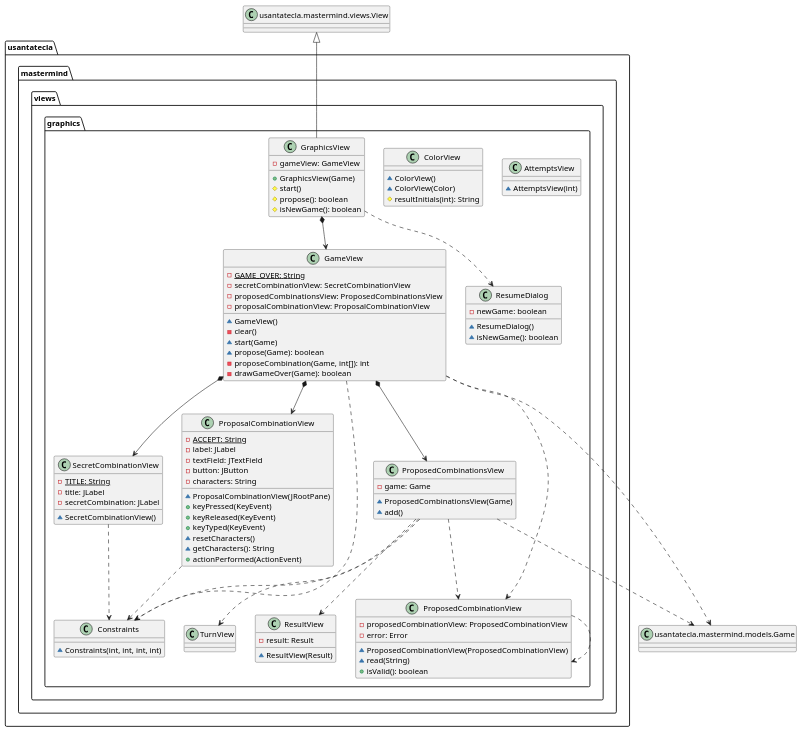
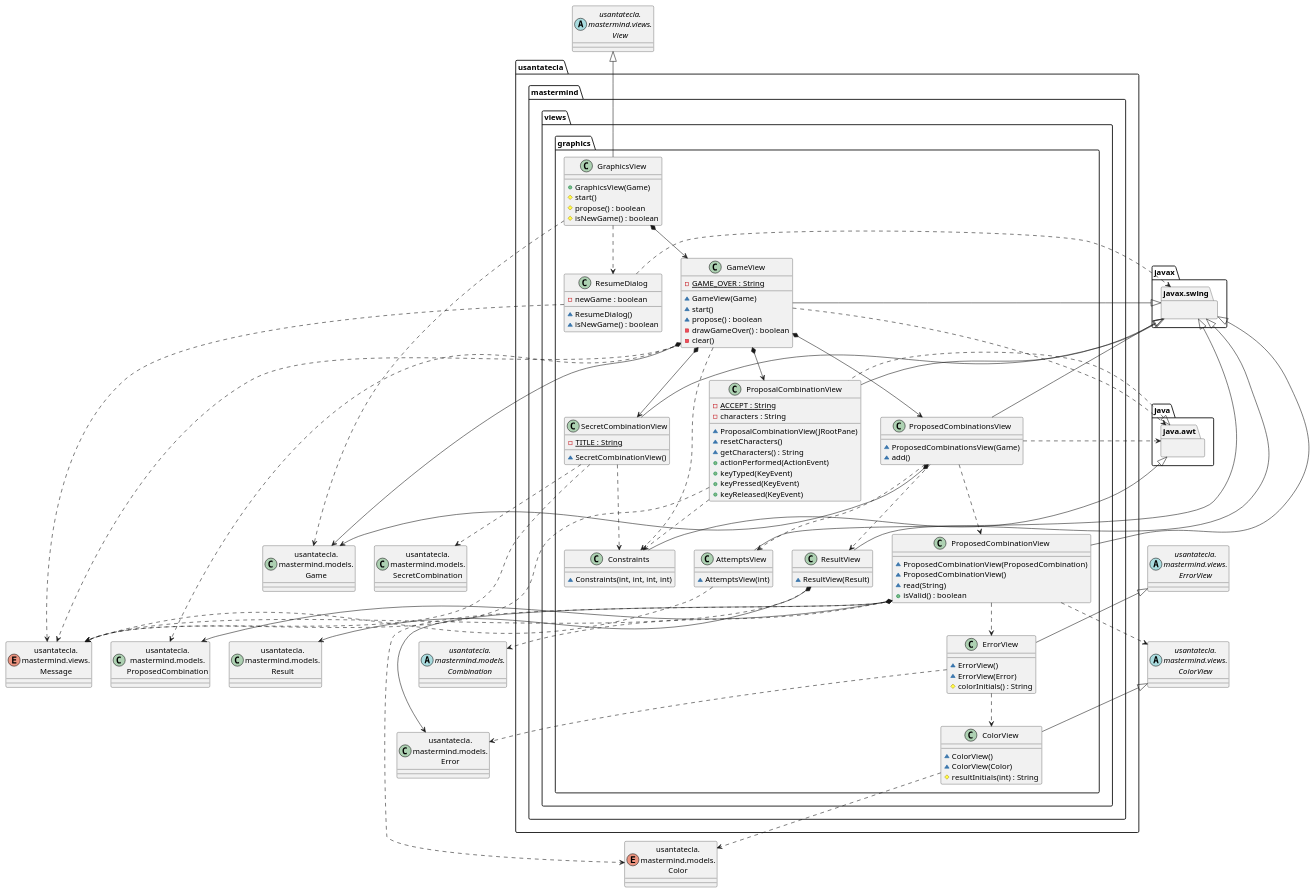
One commit to SantaTecla-mastermind/solution.java.swing.socket.sql changed the fourth of 6 diagrams in documentView/withFactoryMethod/docs/diagrams/src/paquetes.plantuml. Above: the diagram before and after it, drawn with PlantUML. The commit also changed other lines of this file and 17 other files, not shown here.

```diff
--- a/documentView/withFactoryMethod/docs/diagrams/src/paquetes.plantuml
+++ b/documentView/withFactoryMethod/docs/diagrams/src/paquetes.plantuml
@@ -201,108 +206,139 @@
-@startuml mastermind.view.Graphics
-class Game as "usantatecla.mastermind.models.Game"{
-    
+@startuml usantatecla.mastermind.views.graphics
+class Game as "usantatecla.\nmastermind.models.\nGame"
+class Error as "usantatecla.\nmastermind.models.\nError"
+class Result as "usantatecla.\nmastermind.models.\nResult"
+enum Color as "usantatecla.\nmastermind.models.\nColor"
+abstract class Combination as "usantatecla.\nmastermind.models.\nCombination"
+class ProposedCombination as "usantatecla.\nmastermind.models.\nProposedCombination"
+class SecretCombination as "usantatecla.\nmastermind.models.\nSecretCombination"
+abstract class View as "usantatecla.\nmastermind.views.\nView"
+abstract class ColorView as "usantatecla.\nmastermind.views.\nColorView"
+abstract class ErrorView as "usantatecla.\nmastermind.views.\nErrorView"
+enum Message as "usantatecla.\nmastermind.views.\nMessage"
+
+package javax.swing {}
+package java.awt {}
+
+class usantatecla.mastermind.views.graphics.GraphicsView {
+    + GraphicsView(Game)
+    # start()
+    # propose() : boolean
+    # isNewGame() : boolean
 }
-class usantatecla.mastermind.views.graphics.AttemptsView{
-    ~AttemptsView(int)
-}
-
-class usantatecla.mastermind.views.graphics.ColorView{
-    ~ColorView()
-    ~ColorView(Color)
-    #resultInitials(int): String
-}
-class  usantatecla.mastermind.views.graphics.Constraints{
-~ Constraints(int, int, int, int)
-}
-
-class  usantatecla.mastermind.views.graphics.GameView{
-- {static} GAME_OVER: String
-- secretCombinationView: SecretCombinationView
-- proposedCombinationsView: ProposedCombinationsView
-- proposalCombinationView: ProposalCombinationView
-~ GameView()
-- clear()  
-~ start(Game)  
-~ propose(Game): boolean
-- proposeCombination(Game, int[]): int
-- drawGameOver(Game): boolean
-}
-
-usantatecla.mastermind.views.graphics.GameView *-down-> usantatecla.mastermind.views.graphics.ProposedCombinationsView
-usantatecla.mastermind.views.graphics.GameView *-down-> usantatecla.mastermind.views.graphics.SecretCombinationView
-usantatecla.mastermind.views.graphics.GameView *-down-> usantatecla.mastermind.views.graphics.ProposalCombinationView
-usantatecla.mastermind.views.graphics.GameView ..> Game
-usantatecla.mastermind.views.graphics.GameView ..> usantatecla.mastermind.views.graphics.ProposedCombinationView
-usantatecla.mastermind.views.graphics.GameView ..> usantatecla.mastermind.views.graphics.Constraints
-
-class  usantatecla.mastermind.views.graphics.GraphicsView{
-- gameView: GameView
-+ GraphicsView(Game)
-# start()  
-# propose(): boolean
-# isNewGame(): boolean
-}
-class View as "usantatecla.mastermind.views.View"{
-
-}
-View <|-down- usantatecla.mastermind.views.graphics.GraphicsView
+usantatecla.mastermind.views.graphics.GraphicsView -up-|> View
 usantatecla.mastermind.views.graphics.GraphicsView *-down-> usantatecla.mastermind.views.graphics.GameView
+usantatecla.mastermind.views.graphics.GraphicsView ..> Game
 usantatecla.mastermind.views.graphics.GraphicsView ..> usantatecla.mastermind.views.graphics.ResumeDialog
 
-class  usantatecla.mastermind.views.graphics.ProposalCombinationView{
-- {static} ACCEPT: String
-- label: JLabel
-- textField: JTextField
-- button: JButton
-- characters: String
-~ ProposalCombinationView(JRootPane)
-+ keyPressed(KeyEvent)  
-+ keyReleased(KeyEvent)  
-+ keyTyped(KeyEvent)  
-~ resetCharacters()  
-~ getCharacters(): String
-+ actionPerformed(ActionEvent)  
+class usantatecla.mastermind.views.graphics.GameView {
+    - {static} GAME_OVER : String
+    ~ GameView(Game)
+    ~ start()
+    ~ propose() : boolean
+    - drawGameOver() : boolean
+    - clear()
 }
-usantatecla.mastermind.views.graphics.ProposalCombinationView..> usantatecla.mastermind.views.graphics.Constraints
+usantatecla.mastermind.views.graphics.GameView -up-|> javax.swing
+usantatecla.mastermind.views.graphics.GameView *-down-> Game
+usantatecla.mastermind.views.graphics.GameView *-down-> usantatecla.mastermind.views.graphics.SecretCombinationView
+usantatecla.mastermind.views.graphics.GameView *-down-> usantatecla.mastermind.views.graphics.ProposedCombinationsView
+usantatecla.mastermind.views.graphics.GameView *-down-> usantatecla.mastermind.views.graphics.ProposalCombinationView
+usantatecla.mastermind.views.graphics.GameView ..> java.awt
+usantatecla.mastermind.views.graphics.GameView ..> Message
+usantatecla.mastermind.views.graphics.GameView ..> usantatecla.mastermind.views.graphics.Constraints
+usantatecla.mastermind.views.graphics.GameView ..> ProposedCombination
 
-class  usantatecla.mastermind.views.graphics.ProposedCombinationsView{
-- game: Game
-~ ProposedCombinationsView(Game)
-~ add()  
+class usantatecla.mastermind.views.graphics.ProposalCombinationView {
+    - {static} ACCEPT : String
+    - characters : String
+    ~ ProposalCombinationView(JRootPane)
+    ~ resetCharacters()
+    ~ getCharacters() : String
+    + actionPerformed(ActionEvent)
+    + keyTyped(KeyEvent)
+    + keyPressed(KeyEvent)
+    + keyReleased(KeyEvent)
 }
+usantatecla.mastermind.views.graphics.ProposalCombinationView -up-|> javax.swing
+usantatecla.mastermind.views.graphics.ProposalCombinationView .up.|> java.awt
+usantatecla.mastermind.views.graphics.ProposalCombinationView ..> Message
+usantatecla.mastermind.views.graphics.ProposalCombinationView ..> usantatecla.mastermind.views.graphics.Constraints
 
-usantatecla.mastermind.views.graphics.ProposedCombinationsView ..> Game
-usantatecla.mastermind.views.graphics.ProposedCombinationsView..> usantatecla.mastermind.views.graphics.Constraints
-usantatecla.mastermind.views.graphics.ProposedCombinationsView ..> usantatecla.mastermind.views.graphics.TurnView
-usantatecla.mastermind.views.graphics.ProposedCombinationsView..> usantatecla.mastermind.views.graphics.ProposedCombinationView
-usantatecla.mastermind.views.graphics.ProposedCombinationsView..> usantatecla.mastermind.views.graphics.ResultView
+class usantatecla.mastermind.views.graphics.ProposedCombinationsView {
+    ~ ProposedCombinationsView(Game)
+    ~ add()
+}
+usantatecla.mastermind.views.graphics.ProposedCombinationsView -up-|> javax.swing
+usantatecla.mastermind.views.graphics.ProposedCombinationsView *-down-> Game
+usantatecla.mastermind.views.graphics.ProposedCombinationsView ..> usantatecla.mastermind.views.graphics.AttemptsView
+usantatecla.mastermind.views.graphics.ProposedCombinationsView ..> usantatecla.mastermind.views.graphics.ProposedCombinationView
+usantatecla.mastermind.views.graphics.ProposedCombinationsView ..> usantatecla.mastermind.views.graphics.ResultView
+usantatecla.mastermind.views.graphics.ProposedCombinationsView ..> java.awt
 
-class  usantatecla.mastermind.views.graphics.ProposedCombinationView{
-- proposedCombinationView: ProposedCombinationView
-- error: Error
-~ ProposedCombinationView(ProposedCombinationView)
-~ read(String)
-+ isValid(): boolean
+class usantatecla.mastermind.views.graphics.SecretCombinationView {
+    - {static} TITLE : String
+    ~ SecretCombinationView()
 }
-usantatecla.mastermind.views.graphics.ProposedCombinationView..> usantatecla.mastermind.views.graphics.ProposedCombinationView
+usantatecla.mastermind.views.graphics.SecretCombinationView -up-|> javax.swing
+usantatecla.mastermind.views.graphics.SecretCombinationView ..> Message
+usantatecla.mastermind.views.graphics.SecretCombinationView ..> SecretCombination
+usantatecla.mastermind.views.graphics.SecretCombinationView ..> usantatecla.mastermind.views.graphics.Constraints
 
-class  usantatecla.mastermind.views.graphics.ResultView{
-- result: Result
-~ ResultView(Result)
+class usantatecla.mastermind.views.graphics.ProposedCombinationView {
+    ~ ProposedCombinationView(ProposedCombination)
+    ~ ProposedCombinationView()
+    ~ read(String)
+    + isValid() : boolean
 }
+usantatecla.mastermind.views.graphics.ProposedCombinationView -up-|> javax.swing
+usantatecla.mastermind.views.graphics.ProposedCombinationView *-down-> ProposedCombination
+usantatecla.mastermind.views.graphics.ProposedCombinationView *-down-> Error
+usantatecla.mastermind.views.graphics.ProposedCombinationView ..> Color
+usantatecla.mastermind.views.graphics.ProposedCombinationView ..> Combination
+usantatecla.mastermind.views.graphics.ProposedCombinationView ..> ColorView
+usantatecla.mastermind.views.graphics.ProposedCombinationView ..> usantatecla.mastermind.views.graphics.ErrorView
 
-class  usantatecla.mastermind.views.graphics.ResumeDialog{
-- newGame: boolean
-~ ResumeDialog()
-~ isNewGame(): boolean
+class usantatecla.mastermind.views.graphics.AttemptsView {
+    ~ AttemptsView(int)
 }
+usantatecla.mastermind.views.graphics.AttemptsView -up-|> javax.swing
+usantatecla.mastermind.views.graphics.AttemptsView ..> Message
 
-class  usantatecla.mastermind.views.graphics.SecretCombinationView{
-- {static} TITLE: String
-- title: JLabel
-- secretCombination: JLabel
-~ SecretCombinationView()
-} 
-usantatecla.mastermind.views.graphics.SecretCombinationView..> usantatecla.mastermind.views.graphics.Constraints
+class usantatecla.mastermind.views.graphics.ColorView {
+    ~ ColorView()
+    ~ ColorView(Color)
+    # resultInitials(int) : String
+}
+usantatecla.mastermind.views.graphics.ColorView -up-|> ColorView
+usantatecla.mastermind.views.graphics.ColorView ..> Color
+
+class usantatecla.mastermind.views.graphics.Constraints {
+    ~ Constraints(int, int, int, int)
+}
+usantatecla.mastermind.views.graphics.Constraints -up-|> java.awt
+
+class usantatecla.mastermind.views.graphics.ErrorView {
+    ~ ErrorView()
+    ~ ErrorView(Error)
+    # colorInitials() : String
+}
+usantatecla.mastermind.views.graphics.ErrorView -up-|> ErrorView
+usantatecla.mastermind.views.graphics.ErrorView ..> usantatecla.mastermind.views.graphics.ColorView
+usantatecla.mastermind.views.graphics.ErrorView ..> Error
+
+class usantatecla.mastermind.views.graphics.ResultView {
+    ~ ResultView(Result)
+}
+usantatecla.mastermind.views.graphics.ResultView -up-|> javax.swing
+usantatecla.mastermind.views.graphics.ResultView *-down-> Result
+usantatecla.mastermind.views.graphics.ResultView ..> Message
+
+class usantatecla.mastermind.views.graphics.ResumeDialog {
+    - newGame : boolean
+    ~ ResumeDialog()
+    ~ isNewGame() : boolean
+}
+usantatecla.mastermind.views.graphics.ResumeDialog ..> javax.swing
+usantatecla.mastermind.views.graphics.ResumeDialog ..> Message
 
 @enduml
```
